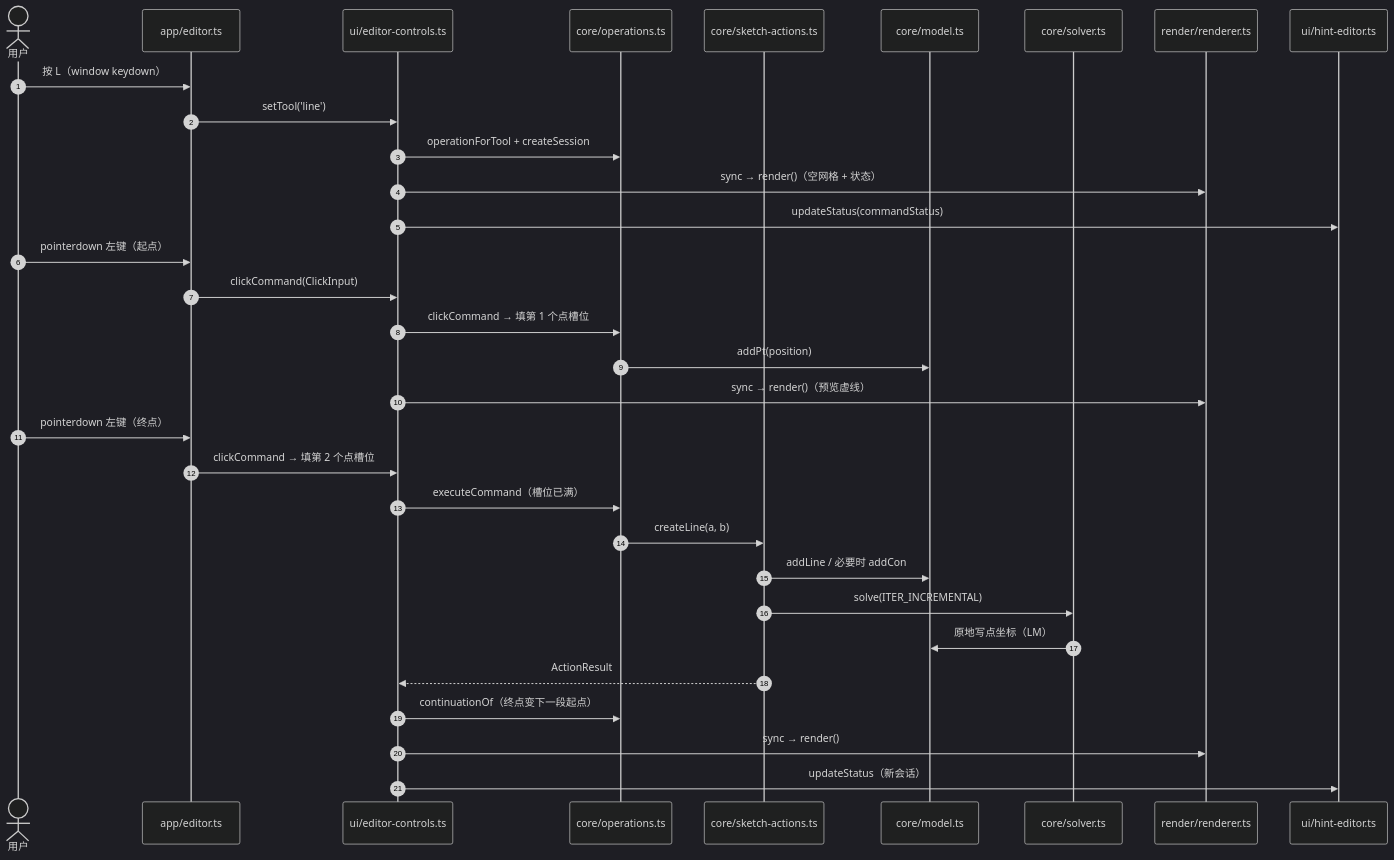
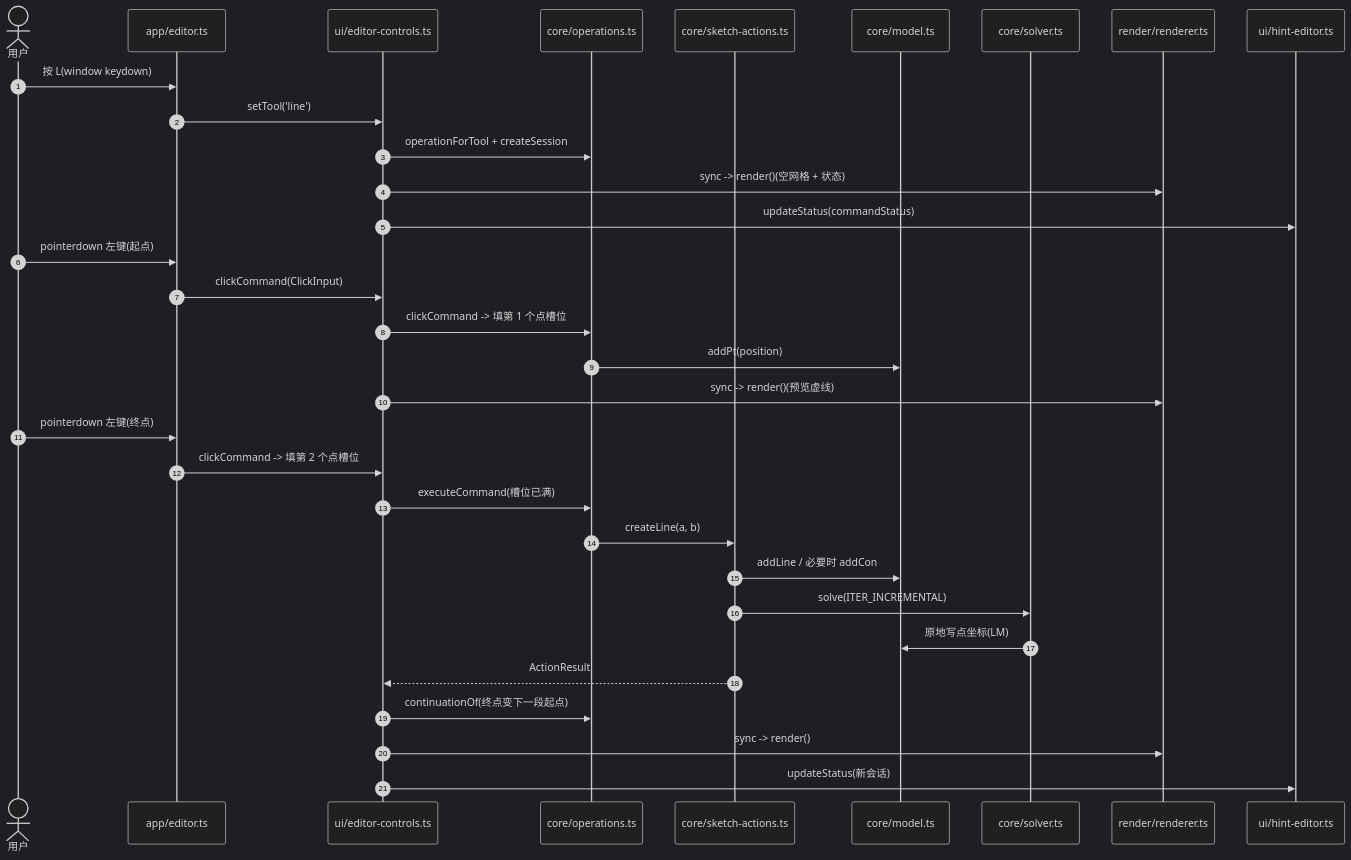
The second of 2 diagrams in docs/ARCHITECTURE.md (ToyosatomiminoMiko/miko_svg_editor), drawn with Mermaid (dark theme) before and after one commit. The commit also changed other lines of this file and 117 other files, not shown here.

````diff
--- a/docs/ARCHITECTURE.md
+++ b/docs/ARCHITECTURE.md
@@ -191,35 +193,35 @@
 ```mermaid
 sequenceDiagram
   autonumber
   actor U as 用户
   participant Ed as app/editor.ts
   participant EC as ui/editor-controls.ts
   participant Op as core/operations.ts
   participant SA as core/sketch-actions.ts
   participant M as core/model.ts
   participant S as core/solver.ts
   participant R as render/renderer.ts
   participant UI as ui/hint-editor.ts
 
-  U->>Ed: 按 L（window keydown）
+  U->>Ed: 按 L(window keydown)
   Ed->>EC: setTool('line')
   EC->>Op: operationForTool + createSession
-  EC->>R: sync → render()（空网格 + 状态）
+  EC->>R: sync -> render()(空网格 + 状态)
   EC->>UI: updateStatus(commandStatus)
-  U->>Ed: pointerdown 左键（起点）
+  U->>Ed: pointerdown 左键(起点)
   Ed->>EC: clickCommand(ClickInput)
-  EC->>Op: clickCommand → 填第 1 个点槽位
+  EC->>Op: clickCommand -> 填第 1 个点槽位
   Op->>M: addPt(position)
-  EC->>R: sync → render()（预览虚线）
-  U->>Ed: pointerdown 左键（终点）
-  Ed->>EC: clickCommand → 填第 2 个点槽位
-  EC->>Op: executeCommand（槽位已满）
+  EC->>R: sync -> render()(预览虚线)
+  U->>Ed: pointerdown 左键(终点)
+  Ed->>EC: clickCommand -> 填第 2 个点槽位
+  EC->>Op: executeCommand(槽位已满)
   Op->>SA: createLine(a, b)
   SA->>M: addLine / 必要时 addCon
   SA->>S: solve(ITER_INCREMENTAL)
-  S->>M: 原地写点坐标（LM）
+  S->>M: 原地写点坐标(LM)
   SA-->>EC: ActionResult
-  EC->>Op: continuationOf（终点变下一段起点）
-  EC->>R: sync → render()
-  EC->>UI: updateStatus（新会话）
+  EC->>Op: continuationOf(终点变下一段起点)
+  EC->>R: sync -> render()
+  EC->>UI: updateStatus(新会话)
 ```
````
